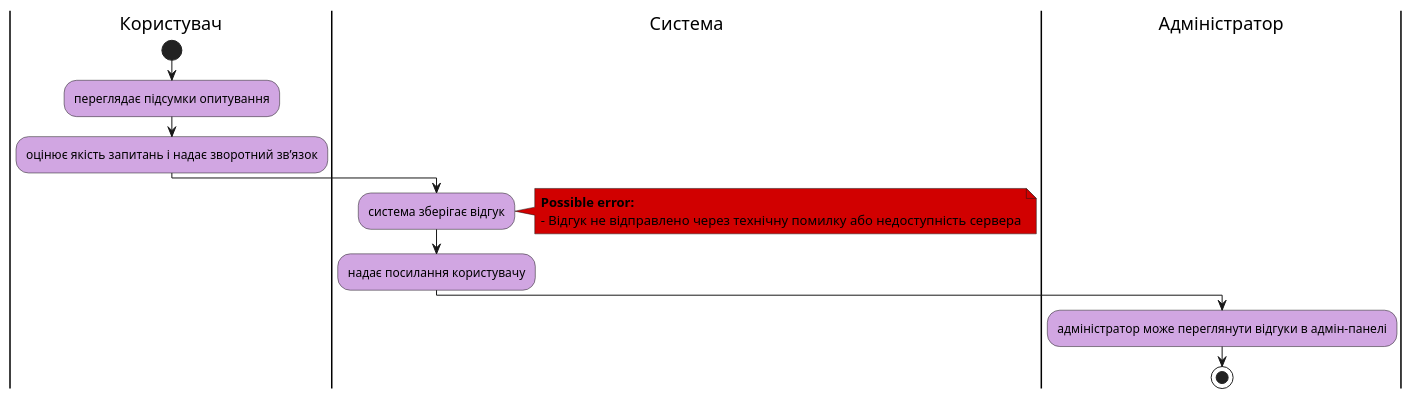
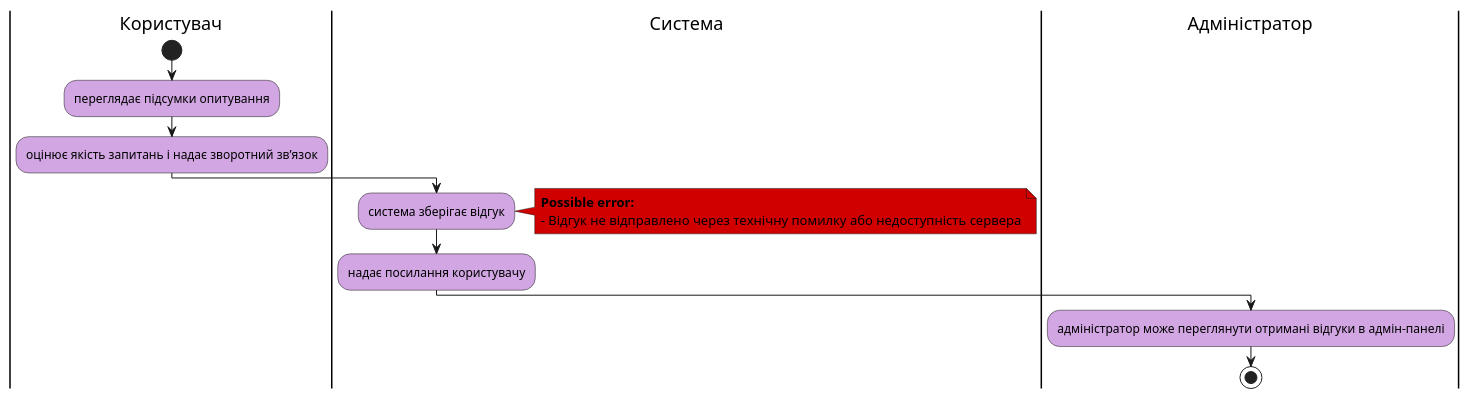
One commit to sunnytea0/db_labs_my changed diagram 12 of 15 in docs/use cases/README.md. Above: the diagram before and after it, drawn with PlantUML. The commit also changed other lines of this file, not shown here.

```diff
--- a/docs/use cases/README.md
+++ b/docs/use cases/README.md
@@ -474,24 +472,24 @@
 @startuml
 
     skinparam ActivityBackgroundColor #d1a6e2
 
     |Користувач|
     start;
     :переглядає підсумки опитування;
     :оцінює якість запитань і надає зворотний зв’язок;
 
     |Система|
     :система зберігає відгук;
     note right #D10000
     <b>Possible error:
     - Відгук не відправлено через технічну помилку або недоступність сервера
     end note
 
     :надає посилання користувачу;
 
     |Адміністратор|
-    :адміністратор може переглянути відгуки в адмін-панелі;
+    :адміністратор може переглянути отримані відгуки в адмін-панелі;
 
     stop;
 
 @enduml
```
